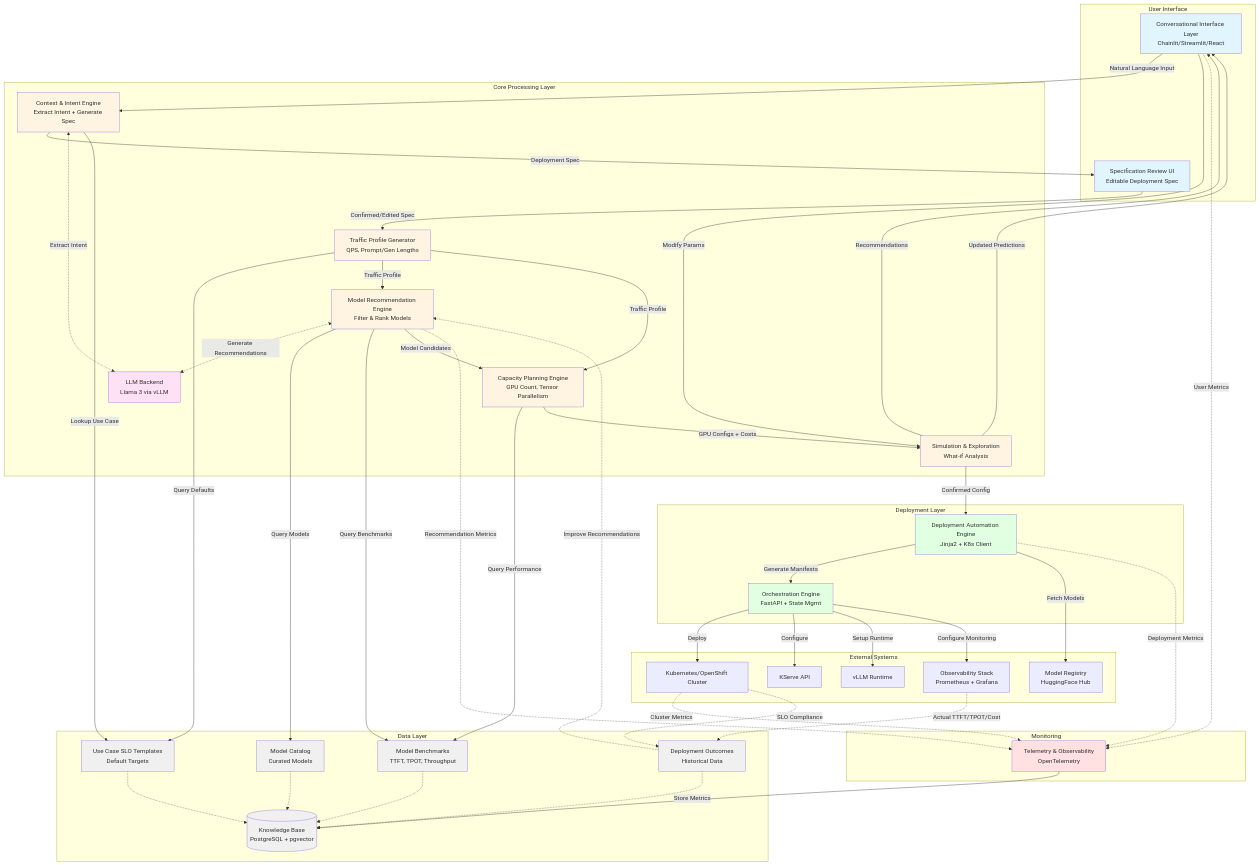
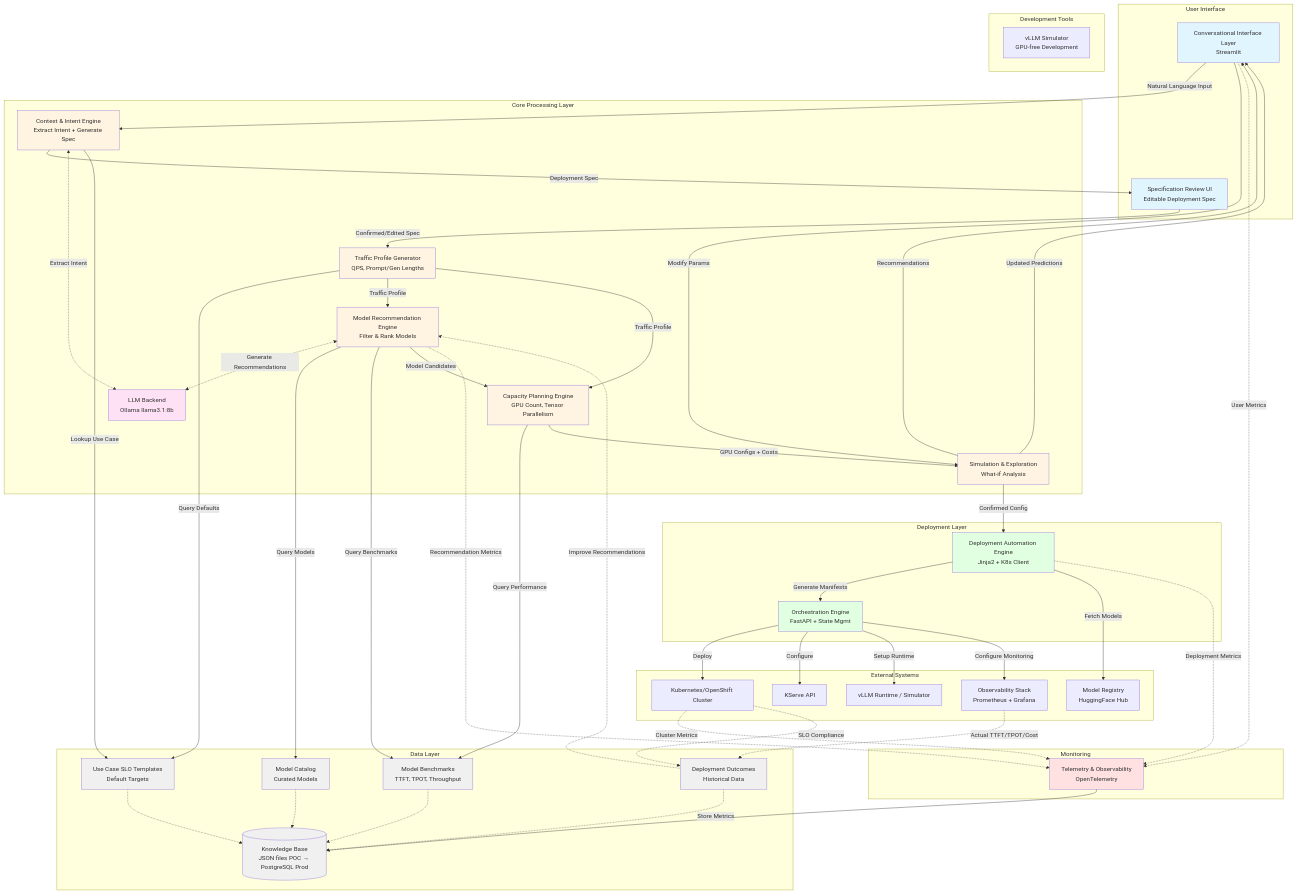
Before and after one commit to redhat-et/compass: the first of 5 diagrams in docs/architecture-diagram.md, drawn with Mermaid. The commit also changed other lines of this file and 5 other files, not shown here.

First line of the commit message:
Remove sprint references and fix architecture inconsistencies

````diff
--- a/docs/architecture-diagram.md
+++ b/docs/architecture-diagram.md
@@ -3,7 +3,7 @@
 ```mermaid
 graph TB
     subgraph "User Interface"
-        UI[Conversational Interface Layer<br/>Chainlit/Streamlit/React]
+        UI[Conversational Interface Layer<br/>Streamlit]
         SPEC_UI[Specification Review UI<br/>Editable Deployment Spec]
     end
 
@@ -13,7 +13,7 @@
         MRE[Model Recommendation Engine<br/>Filter & Rank Models]
         CPE[Capacity Planning Engine<br/>GPU Count, Tensor Parallelism]
         SIM[Simulation & Exploration<br/>What-if Analysis]
-        LLM[LLM Backend<br/>Llama 3 via vLLM]
+        LLM[LLM Backend<br/>Ollama llama3.1:8b]
     end
 
     subgraph "Deployment Layer"
@@ -22,7 +22,7 @@
     end
 
     subgraph "Data Layer"
-        KB[(Knowledge Base<br/>PostgreSQL + pgvector)]
+        KB[(Knowledge Base<br/>JSON files POC → PostgreSQL Prod)]
         KB_BENCH[Model Benchmarks<br/>TTFT, TPOT, Throughput]
         KB_SLO[Use Case SLO Templates<br/>Default Targets]
         KB_MODELS[Model Catalog<br/>Curated Models]
@@ -32,9 +32,13 @@
     subgraph "External Systems"
         K8S[Kubernetes/OpenShift Cluster]
         KSERVE[KServe API]
-        VLLM[vLLM Runtime]
+        VLLM[vLLM Runtime / Simulator]
         REGISTRY[Model Registry<br/>HuggingFace Hub]
         OBS[Observability Stack<br/>Prometheus + Grafana]
+    end
+
+    subgraph "Development Tools"
+        SIM_VLLM[vLLM Simulator<br/>GPU-free Development]
     end
 
     subgraph "Monitoring"
````
